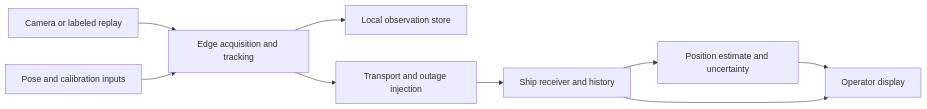
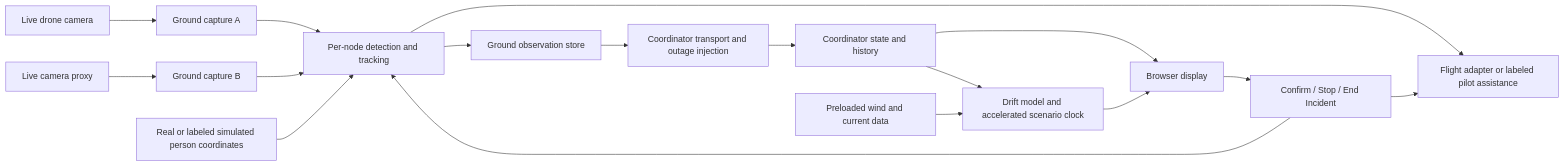
Before and after one commit to Cobeml/osprey-code-metal: the diagram in docs/engineering/architecture.md, drawn with Mermaid. The commit also changed other lines of this file and 6 other files, not shown here.

````diff
--- a/docs/engineering/architecture.md
+++ b/docs/engineering/architecture.md
@@ -7,11 +9,19 @@
 ```mermaid
 flowchart LR
-    Input[Camera or labeled replay] --> Edge[Edge acquisition and tracking]
-    Pose[Pose and calibration inputs] --> Edge
-    Edge --> Store[Local observation store]
-    Edge --> Link[Transport and outage injection]
-    Link --> Receiver[Ship receiver and history]
-    Receiver --> Estimate[Position estimate and uncertainty]
-    Estimate --> UI[Operator display]
-    Receiver --> UI
+    Drone[Live drone camera] --> CaptureA[Ground capture A]
+    Proxy[Live camera proxy] --> CaptureB[Ground capture B]
+    CaptureA --> Perception[Per-node detection and tracking]
+    CaptureB --> Perception
+    Position[Real or labeled simulated person coordinates] --> Perception
+    Perception --> Store[Ground observation store]
+    Perception --> Control[Flight adapter or labeled pilot assistance]
+    Store --> Transport[Coordinator transport and outage injection]
+    Transport --> Receiver[Coordinator state and history]
+    Receiver --> UI[Browser display]
+    Receiver --> Drift[Drift model and accelerated scenario clock]
+    Environment[Preloaded wind and current data] --> Drift
+    Drift --> UI
+    UI --> Commands[Confirm / Stop / End Incident]
+    Commands --> Perception
+    Commands --> Control
 ```
````
